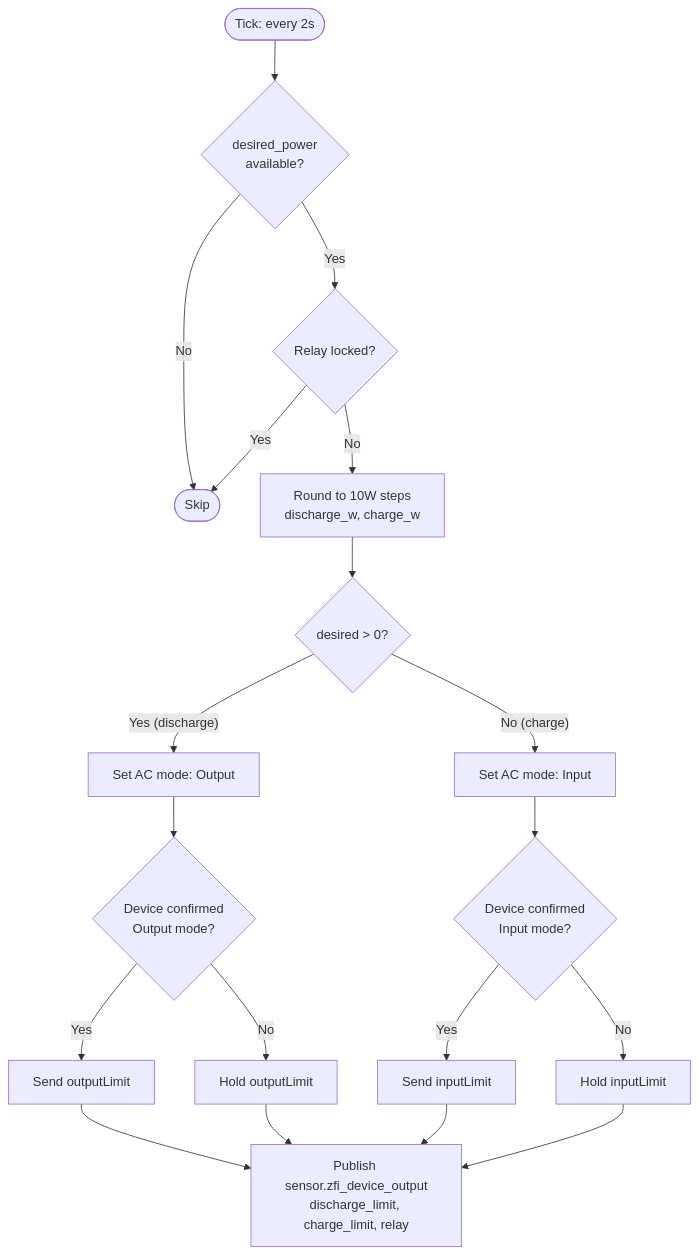
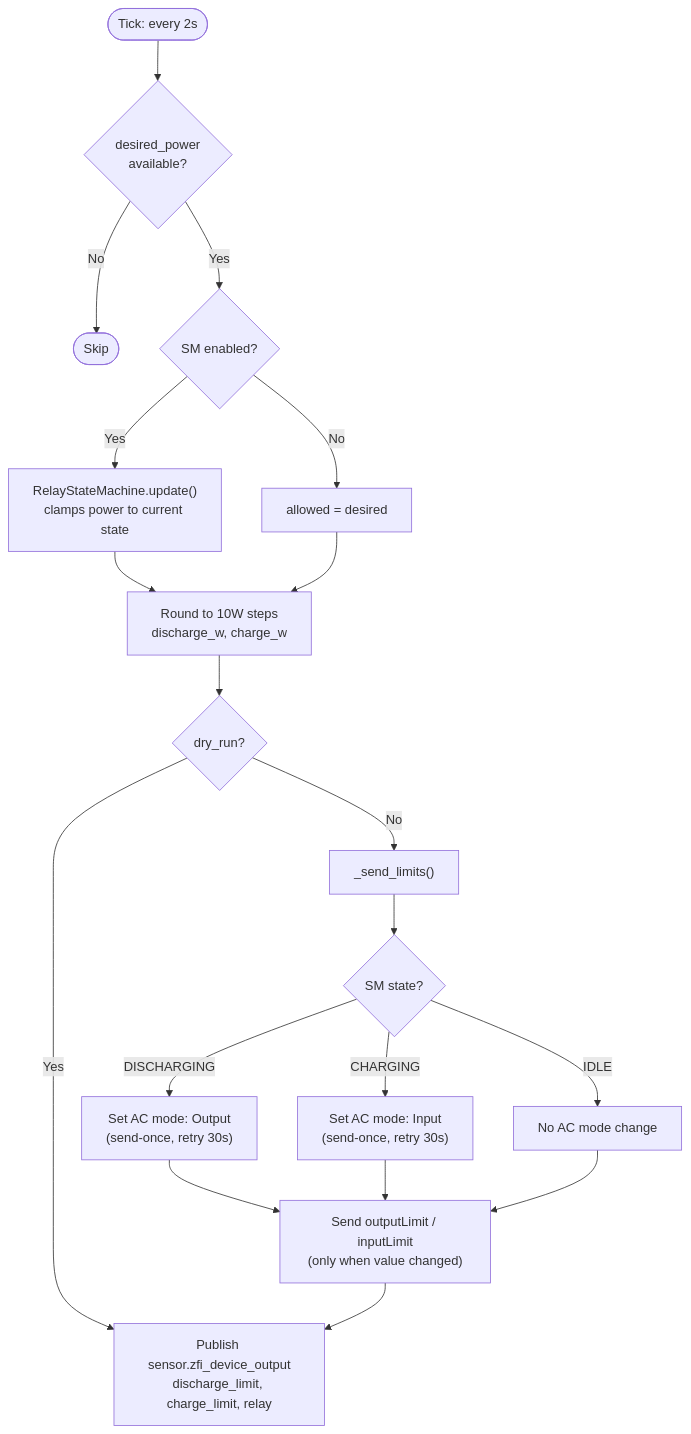
One commit to steffenruehl/ha-zero-feed-in changed the second of 3 diagrams in docs/zero_feed_in_docs.md. Above: the diagram before and after it, drawn with Mermaid. The commit also changed other lines of this file and 2 other files, not shown here.

````diff
--- a/docs/zero_feed_in_docs.md
+++ b/docs/zero_feed_in_docs.md
@@ -296,27 +294,31 @@
 ```mermaid
 flowchart TD
     A([Tick: every 2s]) --> B{desired_power<br>available?}
     B -- No --> Z([Skip])
-    B -- Yes --> C{Relay locked?}
-    C -- Yes --> Z
-    C -- No --> D["Round to 10W steps<br>discharge_w, charge_w"]
+    B -- Yes --> SM{SM enabled?}
+    SM -- Yes --> SMU["RelayStateMachine.update()<br>clamps power to current state"]
+    SM -- No --> PASS["allowed = desired"]
+    SMU --> RND
+    PASS --> RND
 
-    D --> E{desired > 0?}
-    E -- "Yes (discharge)" --> F[Set AC mode: Output]
-    E -- "No (charge)" --> G[Set AC mode: Input]
+    RND["Round to 10W steps<br>discharge_w, charge_w"]
 
-    F --> H{Device confirmed<br>Output mode?}
-    G --> I{Device confirmed<br>Input mode?}
+    RND --> DRY{dry_run?}
+    DRY -- Yes --> PUB
+    DRY -- No --> SEND
 
-    H -- Yes --> J["Send outputLimit"]
-    H -- No --> K["Hold outputLimit"]
-    I -- Yes --> L["Send inputLimit"]
-    I -- No --> M["Hold inputLimit"]
+    SEND["_send_limits()"]
+    SEND --> ACM{"SM state?"}
+    ACM -- DISCHARGING --> AO["Set AC mode: Output<br>(send-once, retry 30s)"]
+    ACM -- CHARGING --> AI["Set AC mode: Input<br>(send-once, retry 30s)"]
+    ACM -- IDLE --> SKIP_AC["No AC mode change"]
 
-    J --> PUB
-    K --> PUB
-    L --> PUB
-    M --> PUB
+    AO --> LIM
+    AI --> LIM
+    SKIP_AC --> LIM
 
+    LIM["Send outputLimit / inputLimit<br>(only when value changed)"]
+
+    LIM --> PUB
     PUB["Publish sensor.zfi_device_output<br>discharge_limit, charge_limit, relay"]
 ```
````
